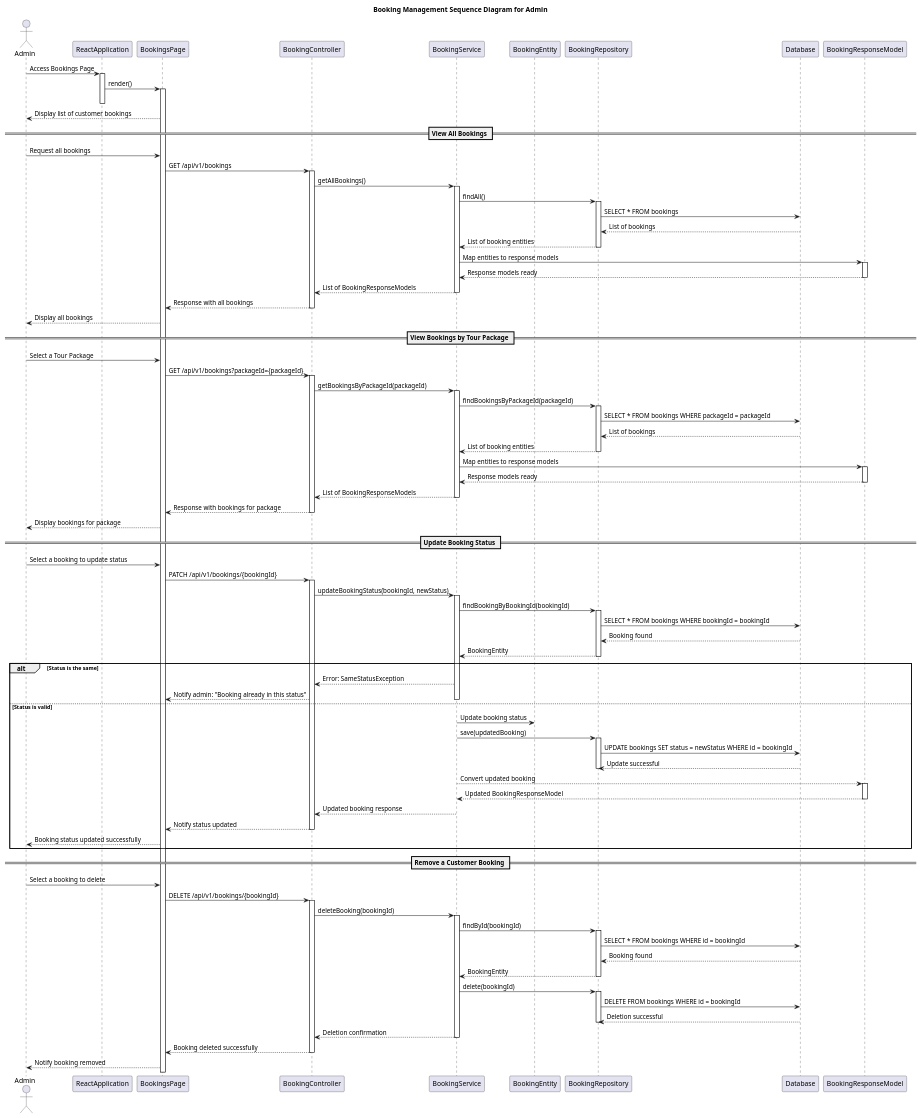
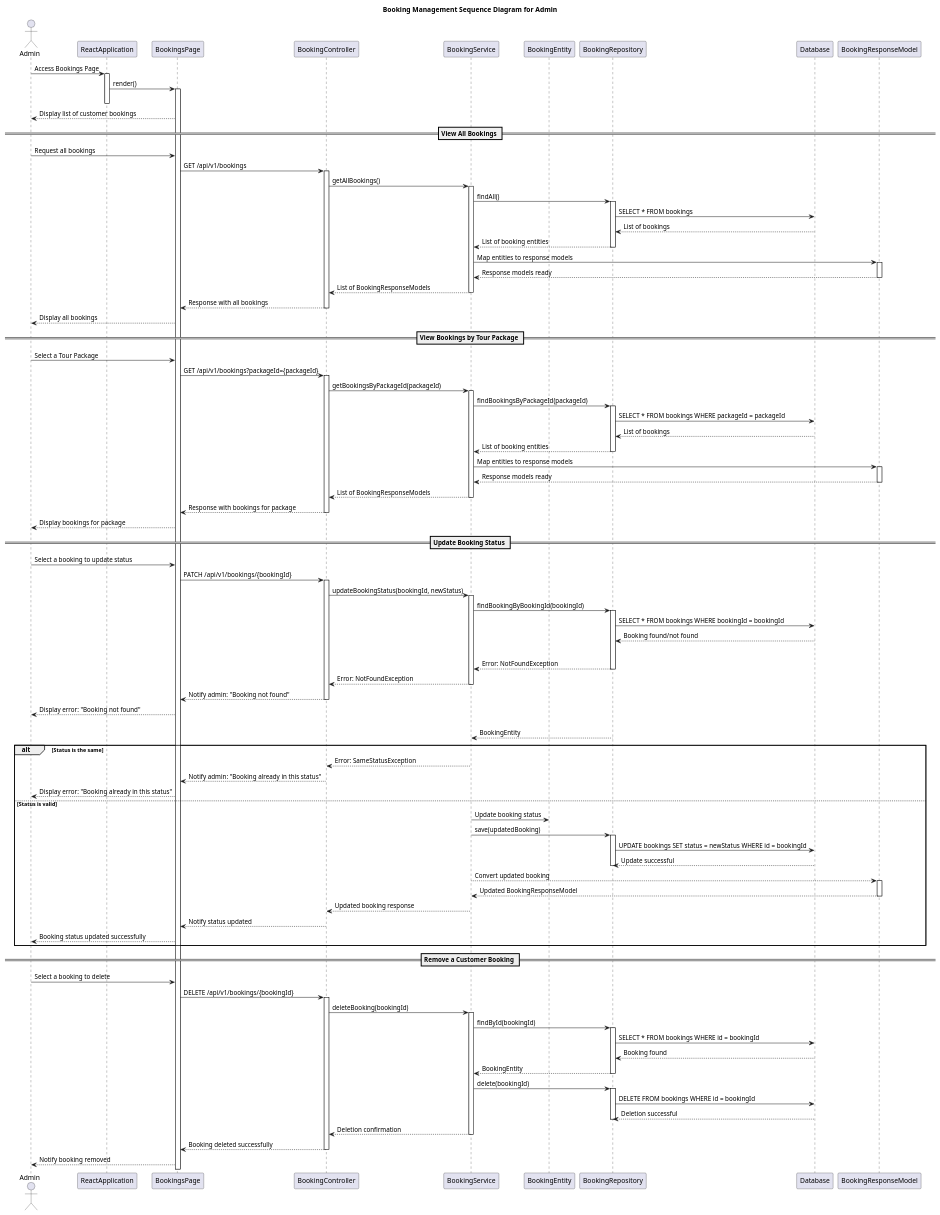
One commit to Hares-2088/TravelTrove changed the diagram in diagrams/Sprint3_booking/booking_LEVEL_SEQUENCE_DIAGRAM/Admin.puml. Above: the diagram before and after it, drawn with PlantUML. The commit also changed 3 other files, not shown here.

Commit message:
some diagrams

```diff
--- a/diagrams/Sprint3_booking/booking_LEVEL_SEQUENCE_DIAGRAM/Admin.puml
+++ b/diagrams/Sprint3_booking/booking_LEVEL_SEQUENCE_DIAGRAM/Admin.puml
@@ -1,161 +1,172 @@
 @startuml
 title Booking Management Sequence Diagram for Admin
 
 actor Admin
 participant ReactApplication
 participant BookingsPage
 participant BookingController
 participant BookingService
 participant BookingEntity
 participant BookingRepository
 participant Database
 participant BookingResponseModel
 
 Admin -> ReactApplication : Access Bookings Page
 activate ReactApplication
 
 ReactApplication -> BookingsPage : render()
 activate BookingsPage
 deactivate ReactApplication
 
 BookingsPage --> Admin : Display list of customer bookings
 
 == View All Bookings ==
 Admin -> BookingsPage : Request all bookings
 BookingsPage -> BookingController : GET /api/v1/bookings
 activate BookingController
 
 BookingController -> BookingService : getAllBookings()
 activate BookingService
 
 BookingService -> BookingRepository : findAll()
 activate BookingRepository
 
 BookingRepository -> Database : SELECT * FROM bookings
 Database --> BookingRepository : List of bookings
 deactivate Database
 
 BookingRepository --> BookingService : List of booking entities
 deactivate BookingRepository
 
 BookingService -> BookingResponseModel : Map entities to response models
 activate BookingResponseModel
 BookingResponseModel --> BookingService : Response models ready
 deactivate BookingResponseModel
 
 BookingService --> BookingController : List of BookingResponseModels
 deactivate BookingService
 
 BookingController --> BookingsPage : Response with all bookings
 deactivate BookingController
 
 BookingsPage --> Admin : Display all bookings
 
 == View Bookings by Tour Package ==
 Admin -> BookingsPage : Select a Tour Package
 BookingsPage -> BookingController : GET /api/v1/bookings?packageId={packageId}
 activate BookingController
 
 BookingController -> BookingService : getBookingsByPackageId(packageId)
 activate BookingService
 
 BookingService -> BookingRepository : findBookingsByPackageId(packageId)
 activate BookingRepository
 
 BookingRepository -> Database : SELECT * FROM bookings WHERE packageId = packageId
 Database --> BookingRepository : List of bookings
 deactivate Database
 
 BookingRepository --> BookingService : List of booking entities
 deactivate BookingRepository
 
 BookingService -> BookingResponseModel : Map entities to response models
 activate BookingResponseModel
 BookingResponseModel --> BookingService : Response models ready
 deactivate BookingResponseModel
 
 BookingService --> BookingController : List of BookingResponseModels
 deactivate BookingService
 
 BookingController --> BookingsPage : Response with bookings for package
 deactivate BookingController
 
 BookingsPage --> Admin : Display bookings for package
 
 == Update Booking Status ==
 Admin -> BookingsPage : Select a booking to update status
 BookingsPage -> BookingController : PATCH /api/v1/bookings/{bookingId}
 activate BookingController
 
 BookingController -> BookingService : updateBookingStatus(bookingId, newStatus)
 activate BookingService
 
 BookingService -> BookingRepository : findBookingByBookingId(bookingId)
 activate BookingRepository
 
 BookingRepository -> Database : SELECT * FROM bookings WHERE bookingId = bookingId
-Database --> BookingRepository : Booking found
+Database --> BookingRepository : Booking found/not found
 deactivate Database
 
-BookingRepository --> BookingService : BookingEntity
-deactivate BookingRepository
-
-alt Status is the same
-    BookingService --> BookingController : Error: SameStatusException
-    BookingController --> BookingsPage : Notify admin: "Booking already in this status"
+alt Booking Not Found
+    BookingRepository --> BookingService : Error: NotFoundException
+    deactivate BookingRepository
+    BookingService --> BookingController : Error: NotFoundException
     deactivate BookingService
-else Status is valid
-    BookingService -> BookingEntity : Update booking status
-    BookingService -> BookingRepository : save(updatedBooking)
-    activate BookingRepository
-    BookingRepository -> Database : UPDATE bookings SET status = newStatus WHERE id = bookingId
-    Database --> BookingRepository : Update successful
+    BookingController --> BookingsPage : Notify admin: "Booking not found"
+    deactivate BookingController
+    BookingsPage --> Admin : Display error: "Booking not found"
+else Booking Found
+    BookingRepository --> BookingService : BookingEntity
     deactivate BookingRepository
 
-    BookingService --> BookingResponseModel : Convert updated booking
-    activate BookingResponseModel
-    BookingResponseModel --> BookingService : Updated BookingResponseModel
-    deactivate BookingResponseModel
+    alt Status is the same
+        BookingService --> BookingController : Error: SameStatusException
+        deactivate BookingService
+        BookingController --> BookingsPage : Notify admin: "Booking already in this status"
+        deactivate BookingController
+        BookingsPage --> Admin : Display error: "Booking already in this status"
+    else Status is valid
+        BookingService -> BookingEntity : Update booking status
+        BookingService -> BookingRepository : save(updatedBooking)
+        activate BookingRepository
+        BookingRepository -> Database : UPDATE bookings SET status = newStatus WHERE id = bookingId
+        Database --> BookingRepository : Update successful
+        deactivate BookingRepository
 
-    BookingService --> BookingController : Updated booking response
-    deactivate BookingService
+        BookingService --> BookingResponseModel : Convert updated booking
+        activate BookingResponseModel
+        BookingResponseModel --> BookingService : Updated BookingResponseModel
+        deactivate BookingResponseModel
 
-    BookingController --> BookingsPage : Notify status updated
-    deactivate BookingController
+        BookingService --> BookingController : Updated booking response
+        deactivate BookingService
 
-    BookingsPage --> Admin : Booking status updated successfully
-end
+        BookingController --> BookingsPage : Notify status updated
+        deactivate BookingController
+
+        BookingsPage --> Admin : Booking status updated successfully
+    end
 
 == Remove a Customer Booking ==
 Admin -> BookingsPage : Select a booking to delete
 BookingsPage -> BookingController : DELETE /api/v1/bookings/{bookingId}
 activate BookingController
 
 BookingController -> BookingService : deleteBooking(bookingId)
 activate BookingService
 
 BookingService -> BookingRepository : findById(bookingId)
 activate BookingRepository
 
 BookingRepository -> Database : SELECT * FROM bookings WHERE id = bookingId
 Database --> BookingRepository : Booking found
 deactivate Database
 
 BookingRepository --> BookingService : BookingEntity
 deactivate BookingRepository
 
 BookingService -> BookingRepository : delete(bookingId)
 activate BookingRepository
 BookingRepository -> Database : DELETE FROM bookings WHERE id = bookingId
 Database --> BookingRepository : Deletion successful
 deactivate BookingRepository
 
 BookingService --> BookingController : Deletion confirmation
 deactivate BookingService
 
 BookingController --> BookingsPage : Booking deleted successfully
 deactivate BookingController
 
 BookingsPage --> Admin : Notify booking removed
 
 @enduml
```
